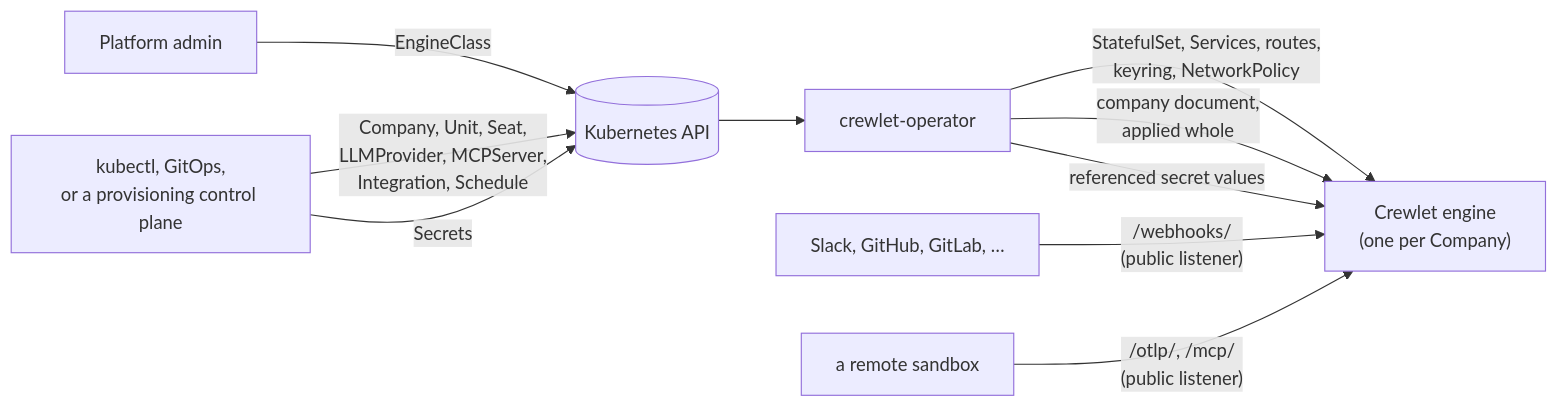
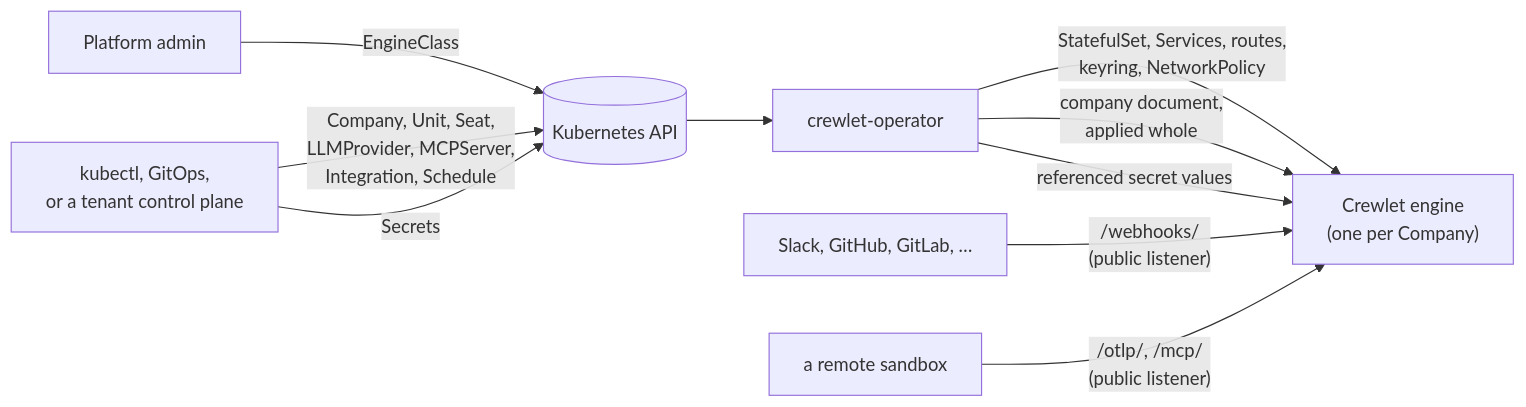
One commit to crewlet/crewlet-operator changed the diagram in README.md. Above: the diagram before and after it, drawn with Mermaid. The commit also changed other lines of this file and 19 other files, not shown here.

````diff
--- a/README.md
+++ b/README.md
@@ -49,12 +50,12 @@
 ```mermaid
 flowchart LR
     platform["Platform admin"] -- EngineClass --> kapi[("Kubernetes API")]
-    users["kubectl, GitOps,<br/>or a provisioning control plane"] -- "Company, Unit, Seat,<br/>LLMProvider, MCPServer,<br/>Integration, Schedule" --> kapi
+    users["kubectl, GitOps,<br/>or a tenant control plane"] -- "Company, Unit, Seat,<br/>LLMProvider, MCPServer,<br/>Integration, Schedule" --> kapi
     users -- Secrets --> kapi
     kapi --> operator["crewlet-operator"]
     operator -- "StatefulSet, Services, routes,<br/>keyring, NetworkPolicy" --> engine["Crewlet engine<br/>(one per Company)"]
     operator -- "company document,<br/>applied whole" --> engine
     operator -- "referenced secret values" --> engine
     vendors["Slack, GitHub, GitLab, …"] -- "/webhooks/<br/>(public listener)" --> engine
     sandbox["a remote sandbox"] -- "/otlp/, /mcp/<br/>(public listener)" --> engine
 ```
````
